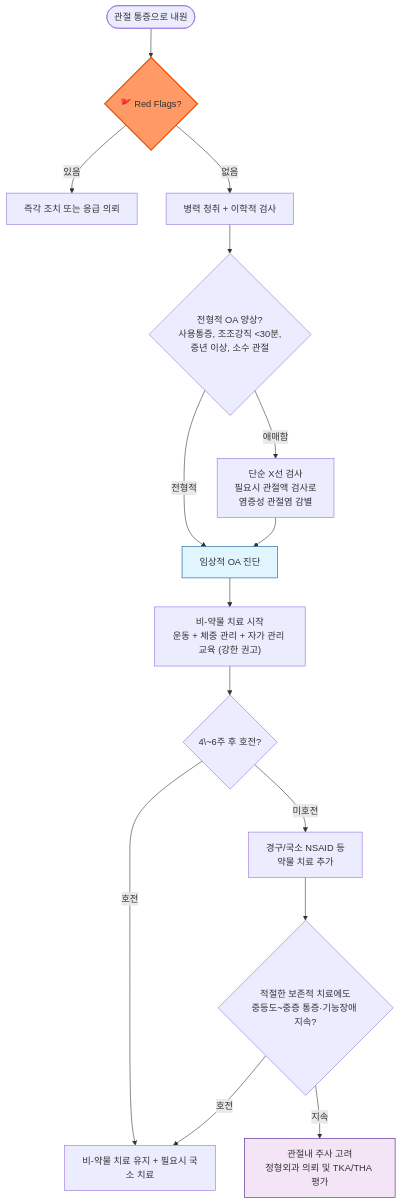
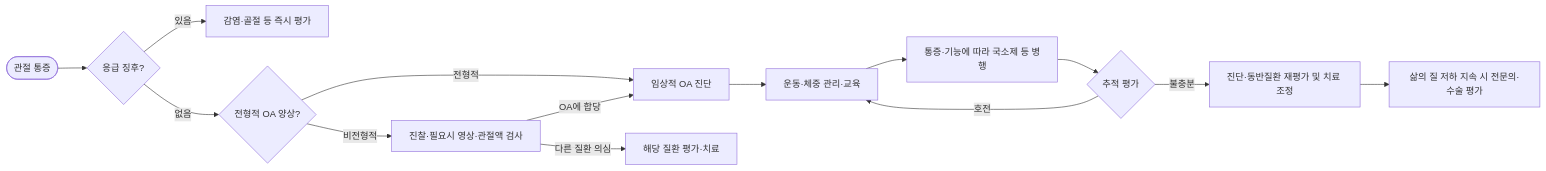
The diagram in 228_/135_-osteoarthritis-oa.md (familyoh77/familyoh77), drawn with Mermaid before and after one commit. The commit also changed other lines of this file and 4 other files, not shown here.

````diff
--- a/228_/135_-osteoarthritis-oa.md
+++ b/228_/135_-osteoarthritis-oa.md
@@ -156,20 +155,16 @@
 ```mermaid
-graph TD
-    A([관절 통증으로 내원]) --> B{"🚩 Red Flags?"}
-    B -- 있음 --> C[즉각 조치 또는 응급 의뢰]
-    B -- 없음 --> D[병력 청취 + 이학적 검사]
-    D --> E{"전형적 OA 양상?<br/>사용통증, 조조강직 &lt;30분,<br/>중년 이상, 소수 관절"}
-    E -- 애매함 --> F[단순 X선 검사<br/>필요시 관절액 검사로<br/>염증성 관절염 감별]
-    E -- 전형적 --> G[임상적 OA 진단]
-    F --> G
-    G --> H["비-약물 치료 시작<br/>운동 + 체중 관리 + 자가 관리 교육 (강한 권고)"]
-    H --> I{4\~6주 후 호전?}
-    I -- 호전 --> J[비-약물 치료 유지 + 필요시 국소 치료]
-    I -- 미호전 --> K["경구/국소 NSAID 등<br/>약물 치료 추가"]
-    K --> L{적절한 보존적 치료에도<br/>중등도~중증 통증·기능장애 지속?}
-    L -- 호전 --> J
-    L -- 지속 --> M["관절내 주사 고려<br/>정형외과 의뢰 및 TKA/THA 평가"]
-    style B fill:#f96,stroke:#e65100,stroke-width:2px
-    style G fill:#e1f5fe,stroke:#01579b
-    style M fill:#f3e5f5,stroke:#4a148c
+graph LR
+    A([관절 통증]) --> B{"응급 징후?"}
+    B -- 있음 --> C["감염·골절 등 즉시 평가"]
+    B -- 없음 --> D{"전형적 OA 양상?"}
+    D -- 전형적 --> E["임상적 OA 진단"]
+    D -- 비전형적 --> F["진찰·필요시 영상·관절액 검사"]
+    F -- OA에 합당 --> E
+    F -- 다른 질환 의심 --> G["해당 질환 평가·치료"]
+    E --> H["운동·체중 관리·교육"]
+    H --> I["통증·기능에 따라 국소제 등 병행"]
+    I --> J{"추적 평가"}
+    J -- 호전 --> H
+    J -- 불충분 --> K["진단·동반질환 재평가 및 치료 조정"]
+    K --> L["삶의 질 저하 지속 시 전문의·수술 평가"]
 ```
````
